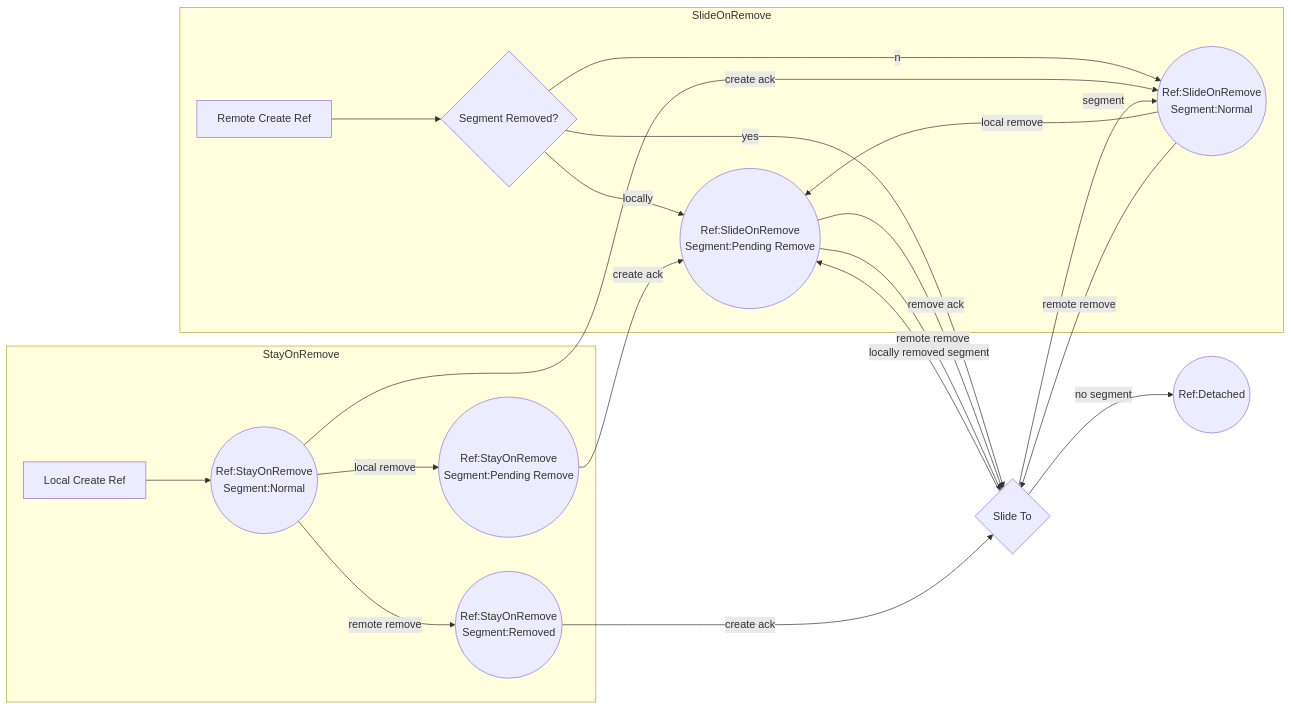
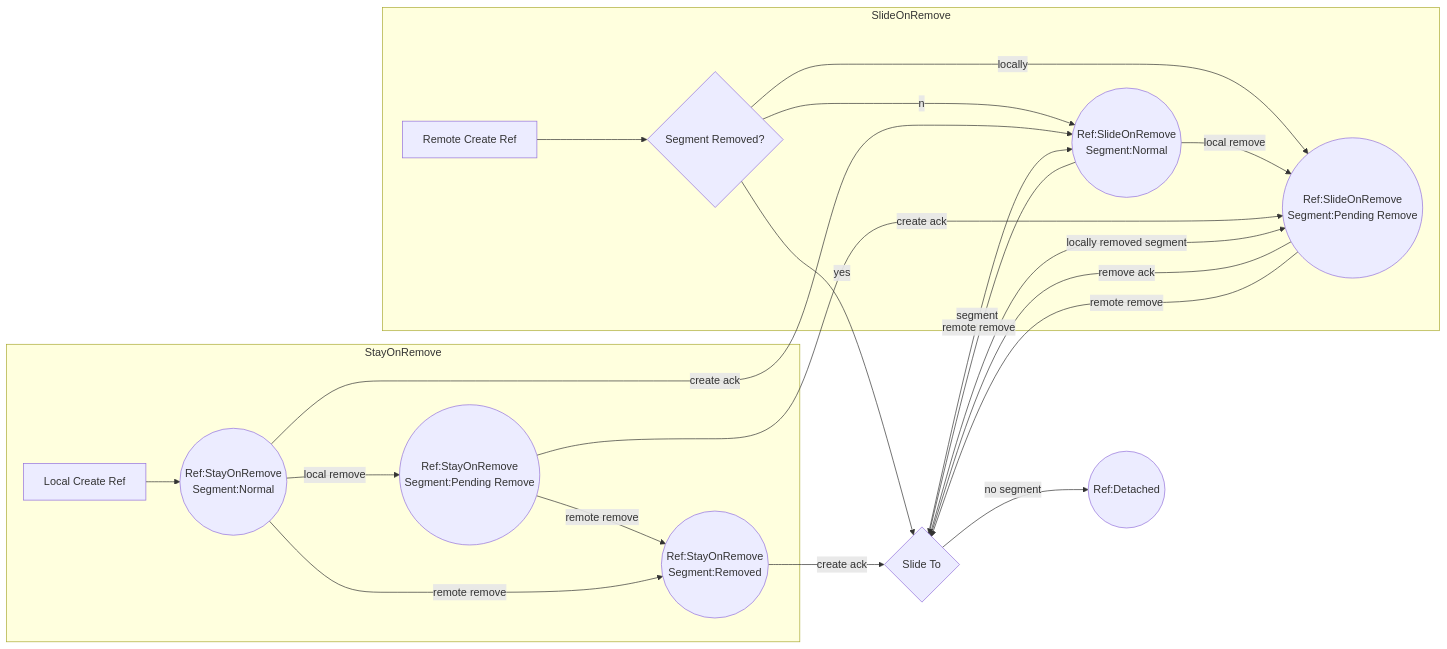
One commit to microsoft/FluidFramework changed the diagram in packages/dds/merge-tree/REFERENCEPOSITIONS.md. Above: the diagram before and after it, drawn with Mermaid.

Commit message:
Add missing state transition

````diff
--- a/packages/dds/merge-tree/REFERENCEPOSITIONS.md
+++ b/packages/dds/merge-tree/REFERENCEPOSITIONS.md
@@ -88,38 +88,39 @@
 ```mermaid
 flowchart LR
     subgraph StayOnRemove
     localCreate[Local Create Ref]
     pendingRef((Ref:StayOnRemove\nSegment:Normal))
     pendingRefPendingRemove((Ref:StayOnRemove\nSegment:Pending Remove))
     pendingRefRemoved((Ref:StayOnRemove\nSegment:Removed))
     localCreate-->pendingRef
     pendingRef--local remove-->pendingRefPendingRemove
+    pendingRefPendingRemove--remote remove-->pendingRefRemoved
     pendingRef--remote remove-->pendingRefRemoved
     end
 
     subgraph SlideOnRemove
     remoteCreate[Remote Create Ref]
     remoteChoice{Segment Removed?}
     ref((Ref:SlideOnRemove\nSegment:Normal))
     refPendingRemove((Ref:SlideOnRemove\nSegment:Pending Remove))
 
     remoteCreate-->remoteChoice
     remoteChoice--no-->ref
     remoteChoice--locally-->refPendingRemove
     ref--local remove-->refPendingRemove
     end
 
     slide{Slide To}
     detached((Ref:Detached))
 
     pendingRef--create ack-->ref
     pendingRefPendingRemove--create ack-->refPendingRemove
     pendingRefRemoved--create ack-->slide
     remoteChoice--yes-->slide
     ref--remote remove-->slide
     refPendingRemove--remove ack-->slide
     refPendingRemove--remote remove-->slide
     slide--segment-->ref
     slide--locally removed segment-->refPendingRemove
     slide--no segment-->detached
 ```
````
